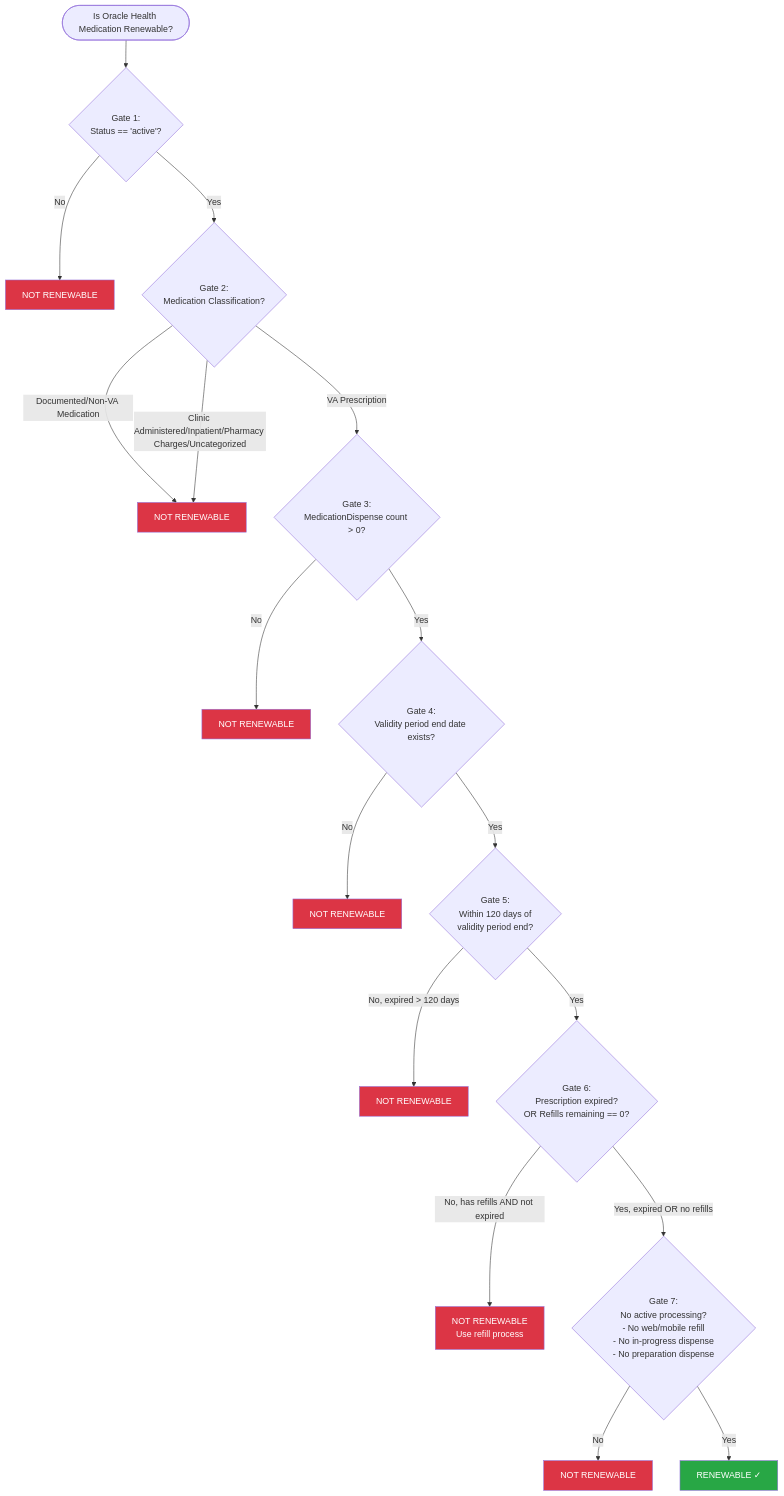
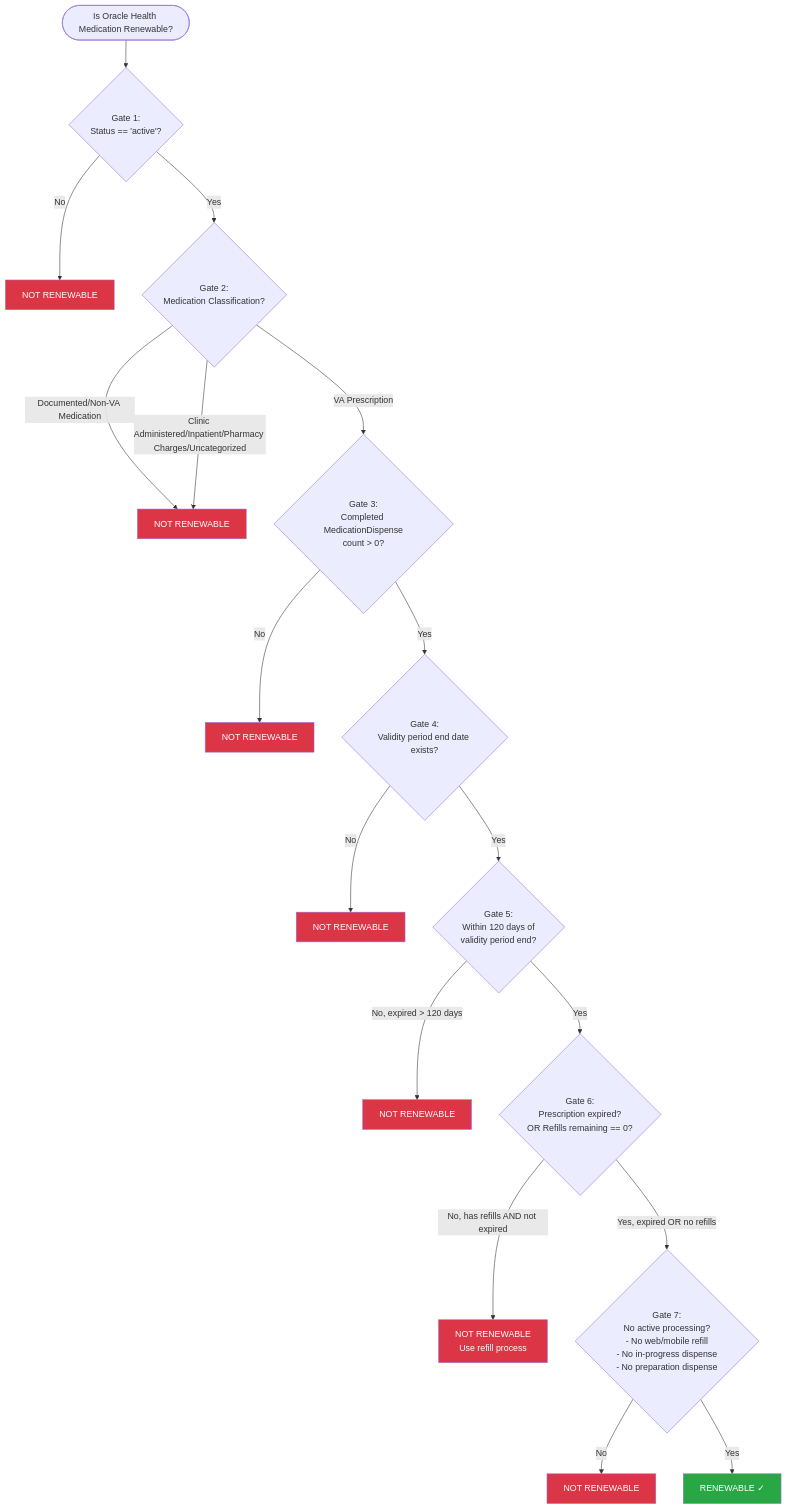
One commit to Ninjaneer321/va.gov-team changed the second of 2 diagrams in products/health-care/digital-health-modernization/mhv-to-va.gov/medications/requirements/renewability_spec.md. Above: the diagram before and after it, drawn with Mermaid. The commit also changed other lines of this file, not shown here.

Commit message:
Clarify conditions for medication renewability and update rationale for dispense history

````diff
--- a/products/health-care/digital-health-modernization/mhv-to-va.gov/medications/requirements/renewability_spec.md
+++ b/products/health-care/digital-health-modernization/mhv-to-va.gov/medications/requirements/renewability_spec.md
@@ -184,42 +184,42 @@
 ```mermaid
 flowchart TD
     Start([Is Oracle Health Medication Renewable?]) --> Gate1
 
     Gate1{Gate 1:<br/>Status == 'active'?}
     Gate1 -->|No| NotRenewable1[NOT RENEWABLE]
     Gate1 -->|Yes| Gate2
 
     Gate2{Gate 2:<br/>Medication Classification?}
     Gate2 -->|Documented/Non-VA Medication| NotRenewable2[NOT RENEWABLE]
     Gate2 -->|Clinic Administered/Inpatient/Pharmacy Charges/Uncategorized| NotRenewable2
     Gate2 -->|VA Prescription| Gate3
 
-    Gate3{Gate 3:<br/>MedicationDispense count > 0?}
+    Gate3{Gate 3:<br/>Completed MedicationDispense<br/>count > 0?}
     Gate3 -->|No| NotRenewable3[NOT RENEWABLE]
     Gate3 -->|Yes| Gate4
 
     Gate4{Gate 4:<br/>Validity period end date exists?}
     Gate4 -->|No| NotRenewable4[NOT RENEWABLE]
     Gate4 -->|Yes| Gate5
 
     Gate5{Gate 5:<br/>Within 120 days of<br/>validity period end?}
     Gate5 -->|No, expired > 120 days| NotRenewable5[NOT RENEWABLE]
     Gate5 -->|Yes| Gate6
 
     Gate6{Gate 6:<br/>Prescription expired?<br/>OR Refills remaining == 0?}
     Gate6 -->|No, has refills AND not expired| NotRenewable6[NOT RENEWABLE<br/>Use refill process]
     Gate6 -->|Yes, expired OR no refills| Gate7
 
     Gate7{Gate 7:<br/>No active processing?<br/>- No web/mobile refill<br/>- No in-progress dispense<br/>- No preparation dispense}
     Gate7 -->|No| NotRenewable7[NOT RENEWABLE]
     Gate7 -->|Yes| Renewable[RENEWABLE ✓]
 
     style Renewable fill:#28a745,color:#fff
     style NotRenewable1 fill:#dc3545,color:#fff
     style NotRenewable2 fill:#dc3545,color:#fff
     style NotRenewable3 fill:#dc3545,color:#fff
     style NotRenewable4 fill:#dc3545,color:#fff
     style NotRenewable5 fill:#dc3545,color:#fff
     style NotRenewable6 fill:#dc3545,color:#fff
     style NotRenewable7 fill:#dc3545,color:#fff
 ```
````
